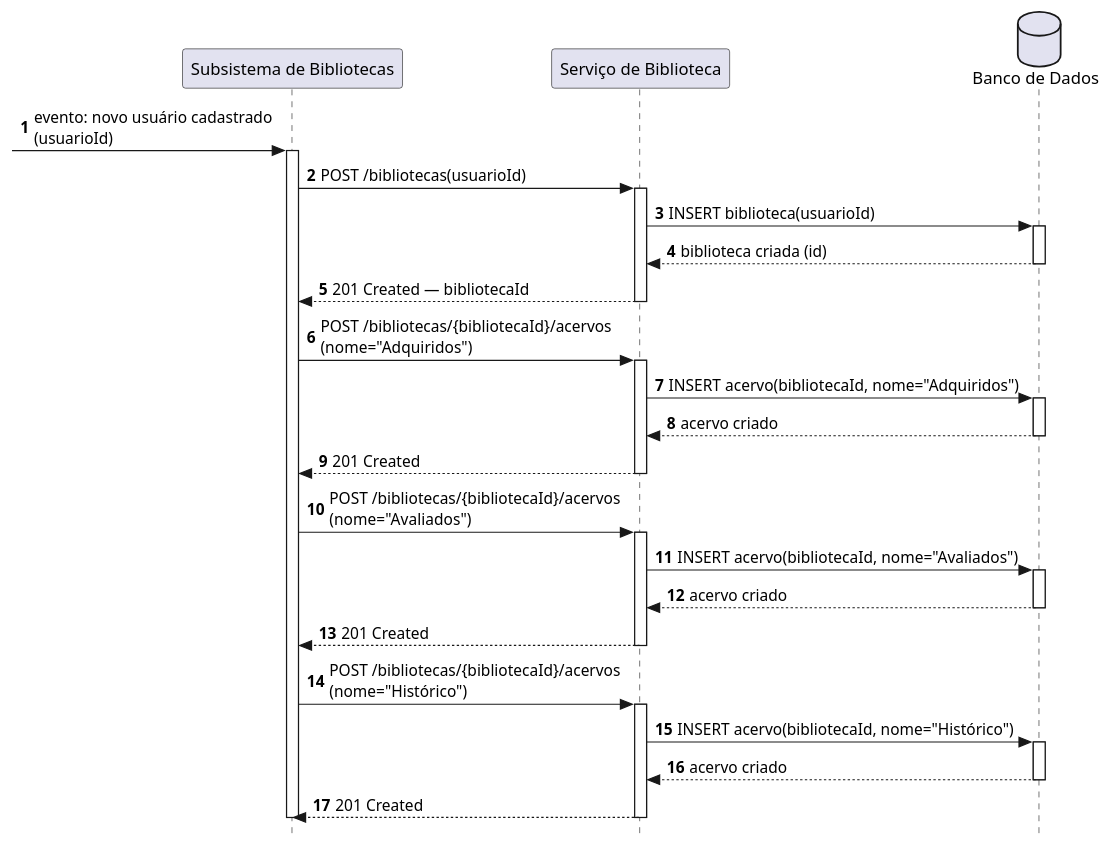
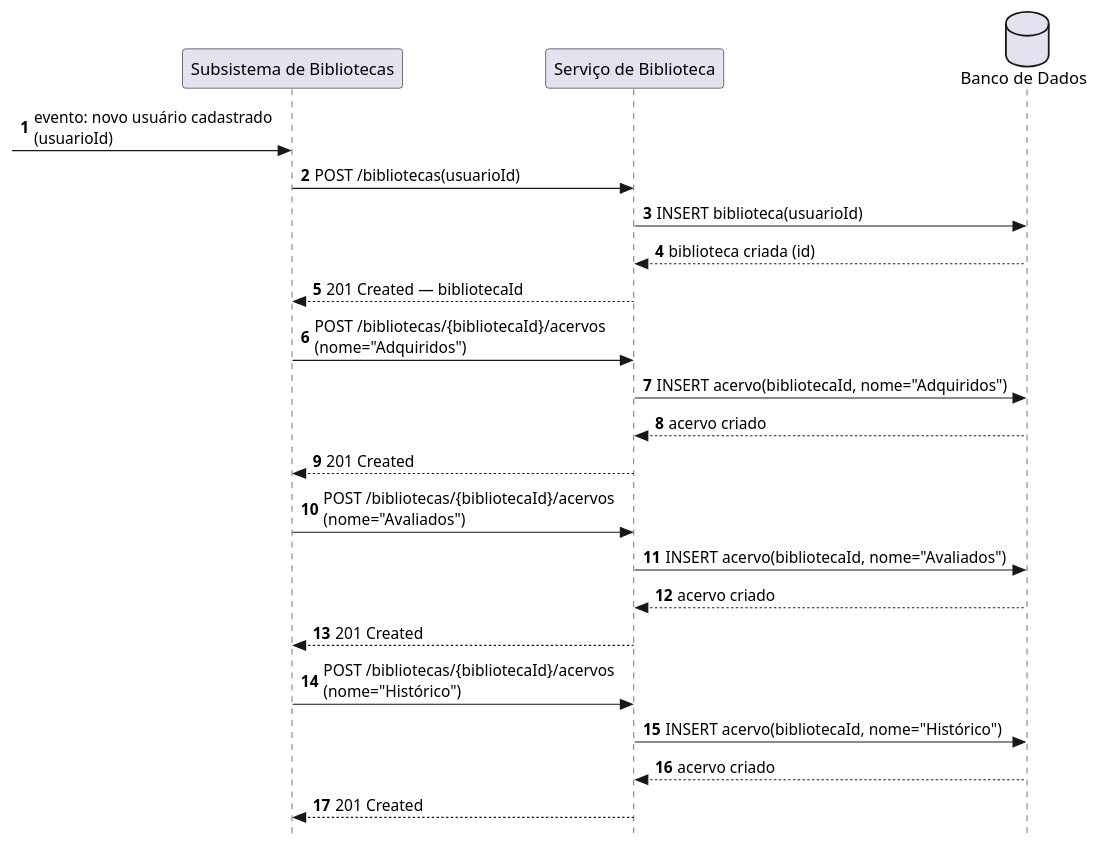
One commit to jalv21/iLib changed the diagram in docs/codigo-plantuml/diagramas-comunicacao/organizacao/dc-criar_biblioteca.puml. Above: the diagram before and after it, drawn with PlantUML.

Commit message:
docs/criando diagrama de comunicação para criar biblioteca

```diff
--- a/docs/codigo-plantuml/diagramas-comunicacao/organizacao/dc-criar_biblioteca.puml
+++ b/docs/codigo-plantuml/diagramas-comunicacao/organizacao/dc-criar_biblioteca.puml
@@ -1,52 +1,33 @@
 @startuml ds-criar_biblioteca
 autonumber
 skinparam style strictuml
 
 participant Sistema           as "Subsistema de Bibliotecas"
 participant ServiceBiblioteca as "Serviço de Biblioteca"
 database    BD                as "Banco de Dados"
 
 [-> Sistema : evento: novo usuário cadastrado\n(usuarioId)
-activate Sistema
 
 Sistema -> ServiceBiblioteca : POST /bibliotecas(usuarioId)
-activate ServiceBiblioteca
 
 ServiceBiblioteca -> BD : INSERT biblioteca(usuarioId)
-activate BD
 BD --> ServiceBiblioteca : biblioteca criada (id)
-deactivate BD
 
 ServiceBiblioteca --> Sistema : 201 Created — bibliotecaId
-deactivate ServiceBiblioteca
 
 Sistema -> ServiceBiblioteca : POST /bibliotecas/{bibliotecaId}/acervos\n(nome="Adquiridos")
-activate ServiceBiblioteca
 ServiceBiblioteca -> BD : INSERT acervo(bibliotecaId, nome="Adquiridos")
-activate BD
 BD --> ServiceBiblioteca : acervo criado
-deactivate BD
 ServiceBiblioteca --> Sistema : 201 Created
-deactivate ServiceBiblioteca
 
 Sistema -> ServiceBiblioteca : POST /bibliotecas/{bibliotecaId}/acervos\n(nome="Avaliados")
-activate ServiceBiblioteca
 ServiceBiblioteca -> BD : INSERT acervo(bibliotecaId, nome="Avaliados")
-activate BD
 BD --> ServiceBiblioteca : acervo criado
-deactivate BD
 ServiceBiblioteca --> Sistema : 201 Created
-deactivate ServiceBiblioteca
 
 Sistema -> ServiceBiblioteca : POST /bibliotecas/{bibliotecaId}/acervos\n(nome="Histórico")
-activate ServiceBiblioteca
 ServiceBiblioteca -> BD : INSERT acervo(bibliotecaId, nome="Histórico")
-activate BD
 BD --> ServiceBiblioteca : acervo criado
-deactivate BD
 ServiceBiblioteca --> Sistema : 201 Created
-deactivate ServiceBiblioteca
-
-deactivate Sistema
 
 @enduml
```
